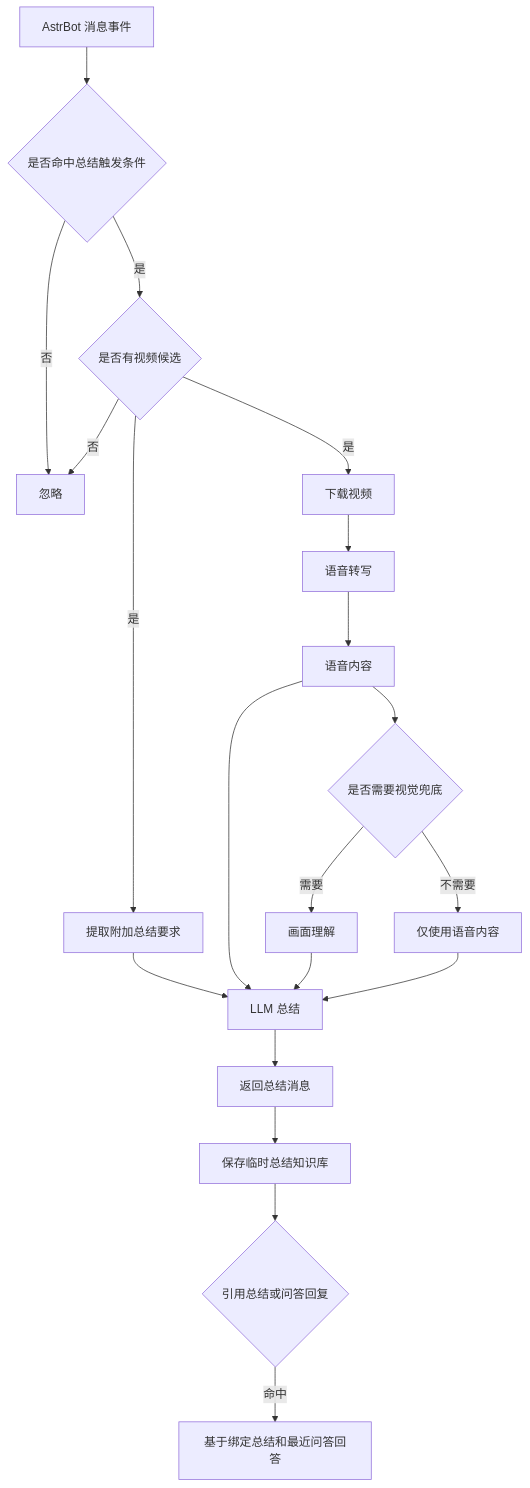
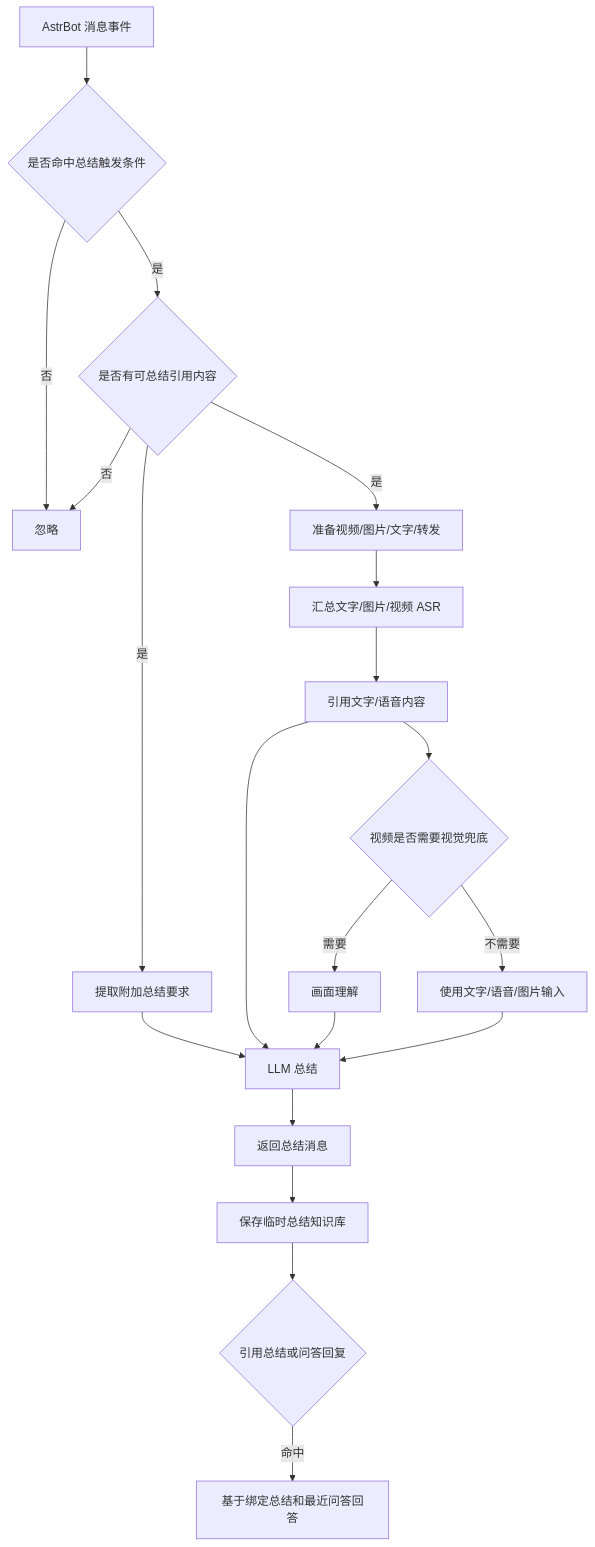
Before and after one commit to drdon1234/astrbot_plugin_ai_summary: the diagram in README.md, drawn with Mermaid. The commit also changed other lines of this file and 7 other files, not shown here.

````diff
--- a/README.md
+++ b/README.md
@@ -90,22 +91,22 @@
 ```mermaid
 flowchart TD
     A["AstrBot 消息事件"] --> C{"是否命中总结触发条件"}
     C -- "否" --> Z["忽略"]
-    C -- "是" --> E{"是否有视频候选"}
+    C -- "是" --> E{"是否有可总结引用内容"}
     E -- "否" --> Z
-    E -- "是" --> F["下载视频"]
+    E -- "是" --> F["准备视频/图片/文字/转发"]
     E -- "是" --> D["提取附加总结要求"]
-    F --> H["语音转写"]
-    H --> I["语音内容"]
-    I --> J{"是否需要视觉兜底"}
+    F --> H["汇总文字/图片/视频 ASR"]
+    H --> I["引用文字/语音内容"]
+    I --> J{"视频是否需要视觉兜底"}
     J -- "需要" --> K["画面理解"]
-    J -- "不需要" --> L["仅使用语音内容"]
+    J -- "不需要" --> L["使用文字/语音/图片输入"]
     D --> M["LLM 总结"]
     I --> M
     K --> M
     L --> M
     M --> N["返回总结消息"]
     N --> O["保存临时总结知识库"]
     O --> P{"引用总结或问答回复"}
     P -- "命中" --> Q["基于绑定总结和最近问答回答"]
 ```
````
